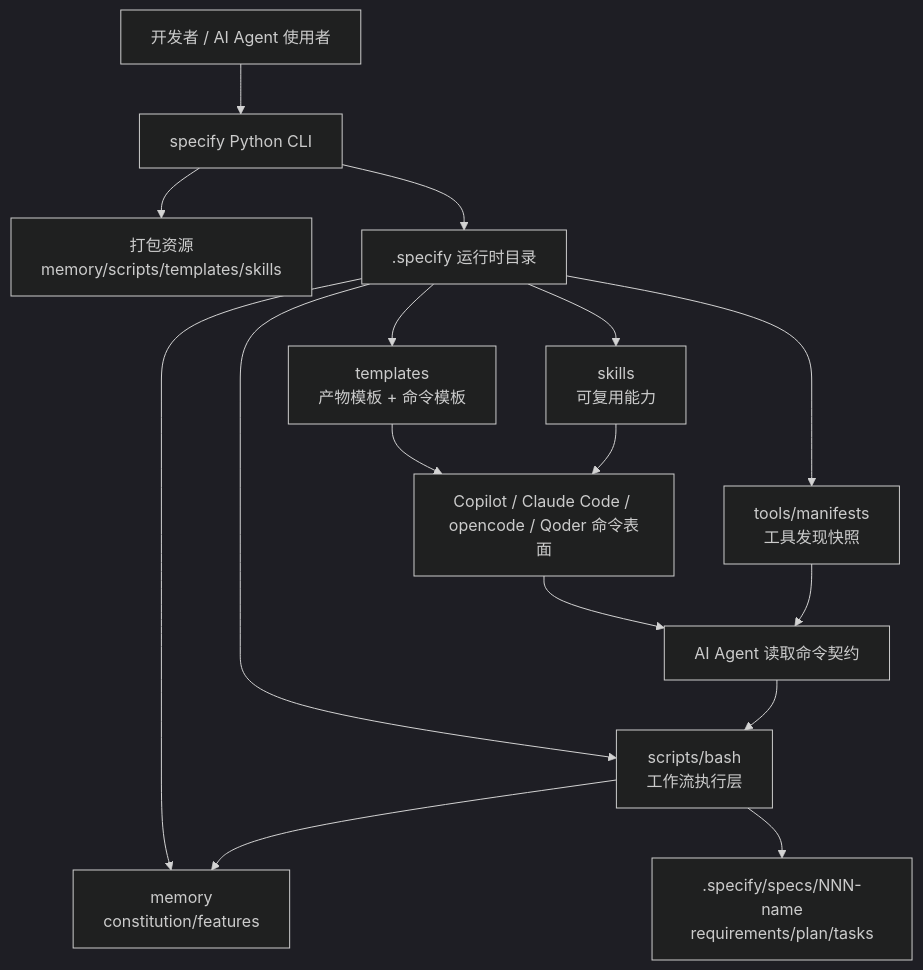
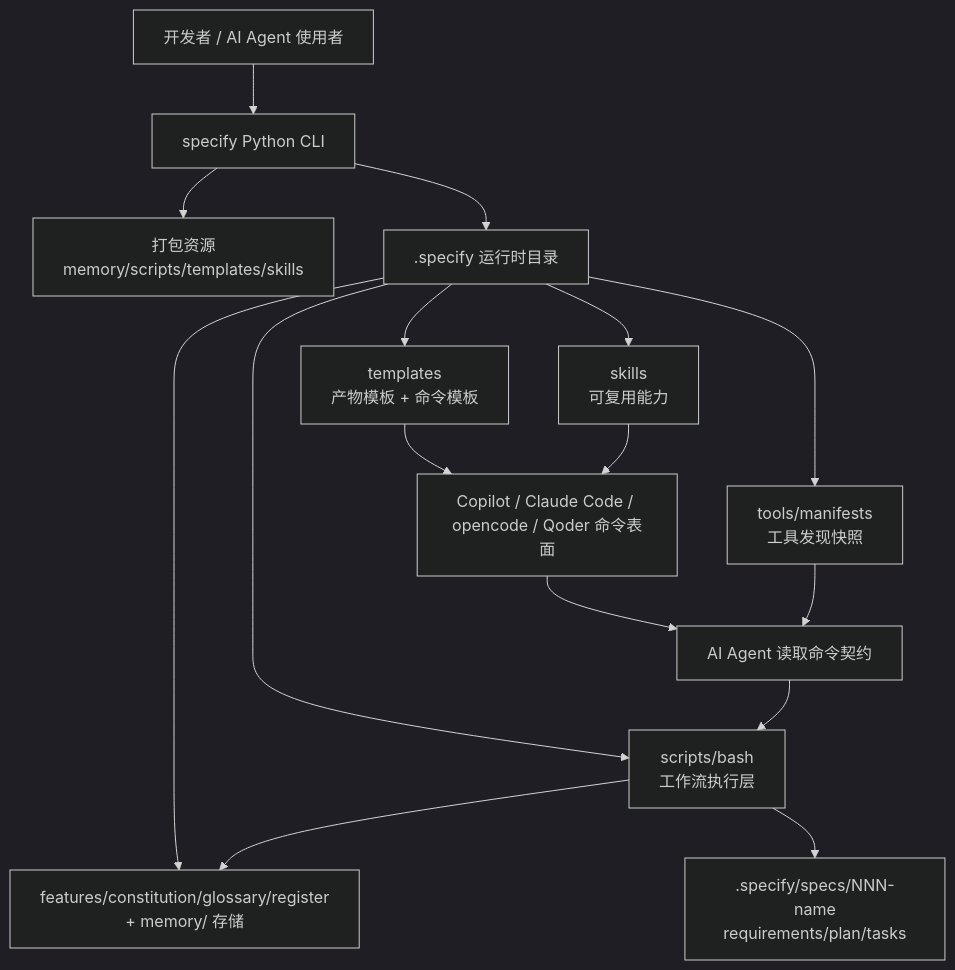
Before and after one commit to cloud-native-ai/spec-kit: the first of 7 diagrams in docs/concepts/overview.md, drawn with Mermaid (dark theme). The commit also changed other lines of this file and 394 other files, not shown here.

First line of the commit message:
refactor(layout): move the project anchors out of memory/ — .specify/{features,constitution,glossary,register,tools}.md + .specify/features/<NNN>-<slug>.md

````diff
--- a/docs/concepts/overview.md
+++ b/docs/concepts/overview.md
@@ -77,21 +77,21 @@
 ```mermaid
 flowchart TD
     U[开发者 / AI Agent 使用者] --> CLI[specify Python CLI]
     CLI --> PKG[打包资源\nmemory/scripts/templates/skills]
     CLI --> RUNTIME[.specify 运行时目录]
 
-    RUNTIME --> MEM[memory\nconstitution/features]
+    RUNTIME --> MEM[features/constitution/glossary/register\n+ memory/ 存储]
     RUNTIME --> TPL[templates\n产物模板 + 命令模板]
     RUNTIME --> SCRIPTS[scripts/bash\n工作流执行层]
     RUNTIME --> SKILLS[skills\n可复用能力]
     RUNTIME --> TOOLS[tools/manifests\n工具发现快照]
 
     TPL --> AGENTS[Copilot / Claude Code / opencode / Qoder 命令表面]
     AGENTS --> LLM[AI Agent 读取命令契约]
     LLM --> SCRIPTS
     SCRIPTS --> SPECS[.specify/specs/NNN-name\nrequirements/plan/tasks]
     SCRIPTS --> MEM
 
     SKILLS --> AGENTS
     TOOLS --> LLM
 ```
````
